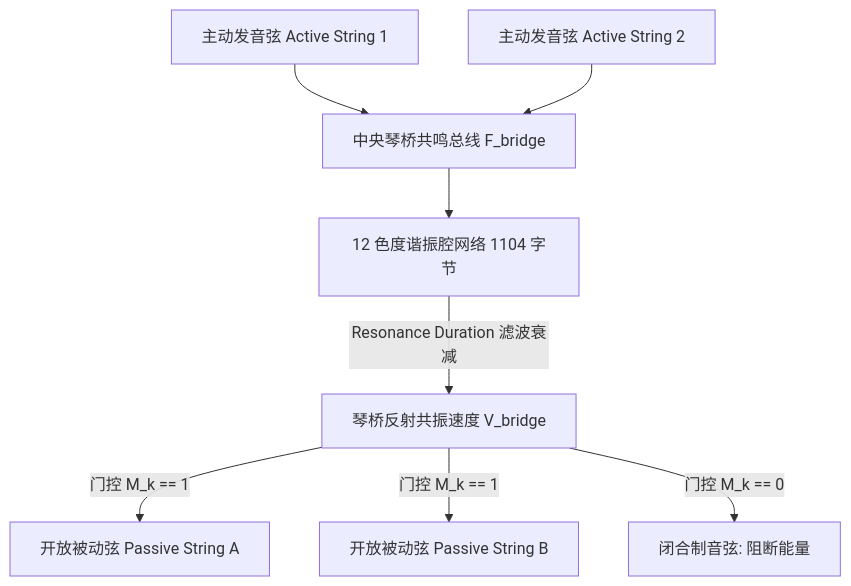
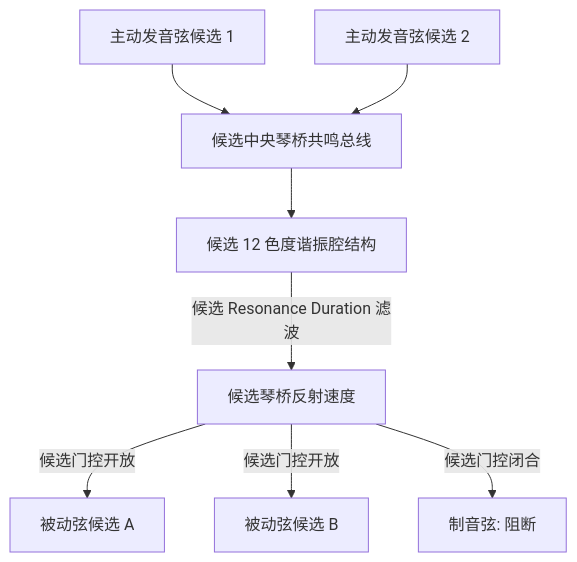
Before and after one commit to 0xnayuta/pianoteq9: the diagram in docs/phase4/phase4-2-resonance-pool-decompilation.md, drawn with Mermaid. The commit also changed other lines of this file and 28 other files, not shown here.

````diff
--- a/docs/phase4/phase4-2-resonance-pool-decompilation.md
+++ b/docs/phase4/phase4-2-resonance-pool-decompilation.md
@@ -48,12 +54,12 @@
 ```mermaid
 flowchart TD
-    S1[主动发音弦 Active String 1] --> B[中央琴桥共鸣总线 F_bridge]
-    S2[主动发音弦 Active String 2] --> B
+    S1["主动发音弦候选 1"] --> B["候选中央琴桥共鸣总线"]
+    S2["主动发音弦候选 2"] --> B
     
-    B --> C[12 色度谐振腔网络 1104 字节]
-    C -->|Resonance Duration 滤波衰减| V[琴桥反射共振速度 V_bridge]
+    B --> C["候选 12 色度谐振腔结构"]
+    C -->|"候选 Resonance Duration 滤波"| V["候选琴桥反射速度"]
     
-    V -->|门控 M_k == 1| P1[开放被动弦 Passive String A]
-    V -->|门控 M_k == 1| P2[开放被动弦 Passive String B]
-    V -->|门控 M_k == 0| D[闭合制音弦: 阻断能量]
+    V -->|"候选门控开放"| P1["被动弦候选 A"]
+    V -->|"候选门控开放"| P2["被动弦候选 B"]
+    V -->|"候选门控闭合"| D["制音弦: 阻断"]
 ```
````
